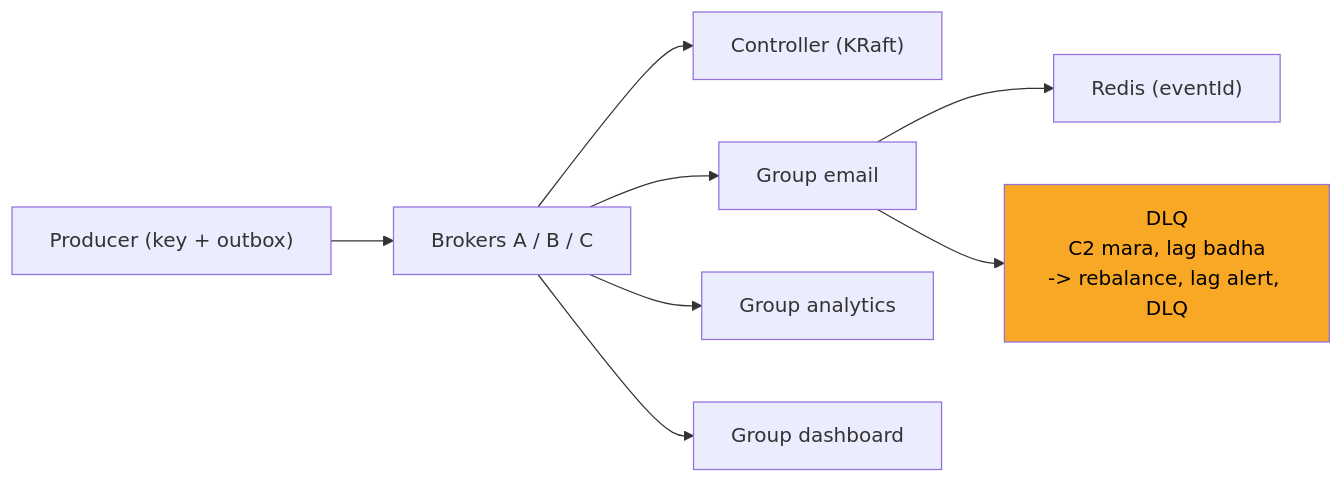
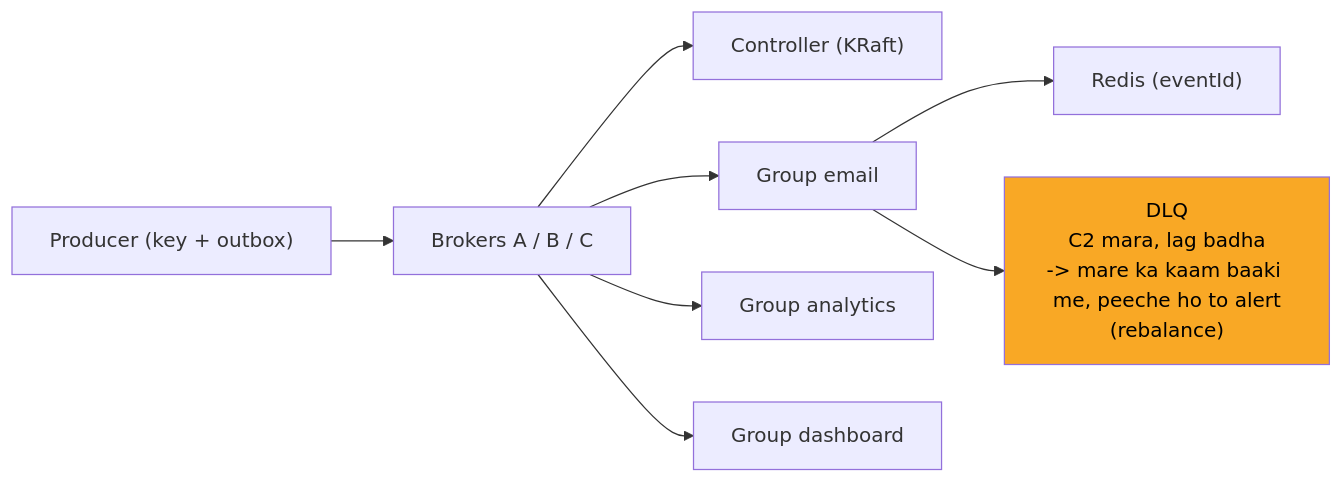
Before and after one commit to ArpanMaheshwari144/Prep: the tenth of 12 diagrams in 04_HLD/SYSTEM_DESIGNS/12_message_queue_kafka/12_message_queue_kafka.md, drawn with Mermaid. The commit also changed other lines of this file and 13 other files, not shown here.

````diff
--- a/04_HLD/SYSTEM_DESIGNS/12_message_queue_kafka/12_message_queue_kafka.md
+++ b/04_HLD/SYSTEM_DESIGNS/12_message_queue_kafka/12_message_queue_kafka.md
@@ -321,19 +321,19 @@
 ```mermaid
 flowchart LR
     n_P["Producer (key + outbox)"]
     n_B["Brokers A / B / C"]
     n_K["Controller (KRaft)"]
     n_GE["Group email"]
     n_R["Redis (eventId)"]
-    n_DLQ["DLQ<br/>C2 mara, lag badha<br/>-> rebalance, lag alert, DLQ"]
+    n_DLQ["DLQ<br/>C2 mara, lag badha<br/>-> mare ka kaam baaki me, peeche ho to alert<br/>(rebalance)"]
     n_GA["Group analytics"]
     n_GD["Group dashboard"]
     n_P --> n_B
     n_B --> n_K
     n_B --> n_GE
     n_B --> n_GA
     n_B --> n_GD
     n_GE --> n_R
     n_GE --> n_DLQ
     style n_DLQ fill:#f9a825,color:#000
 ```
````
